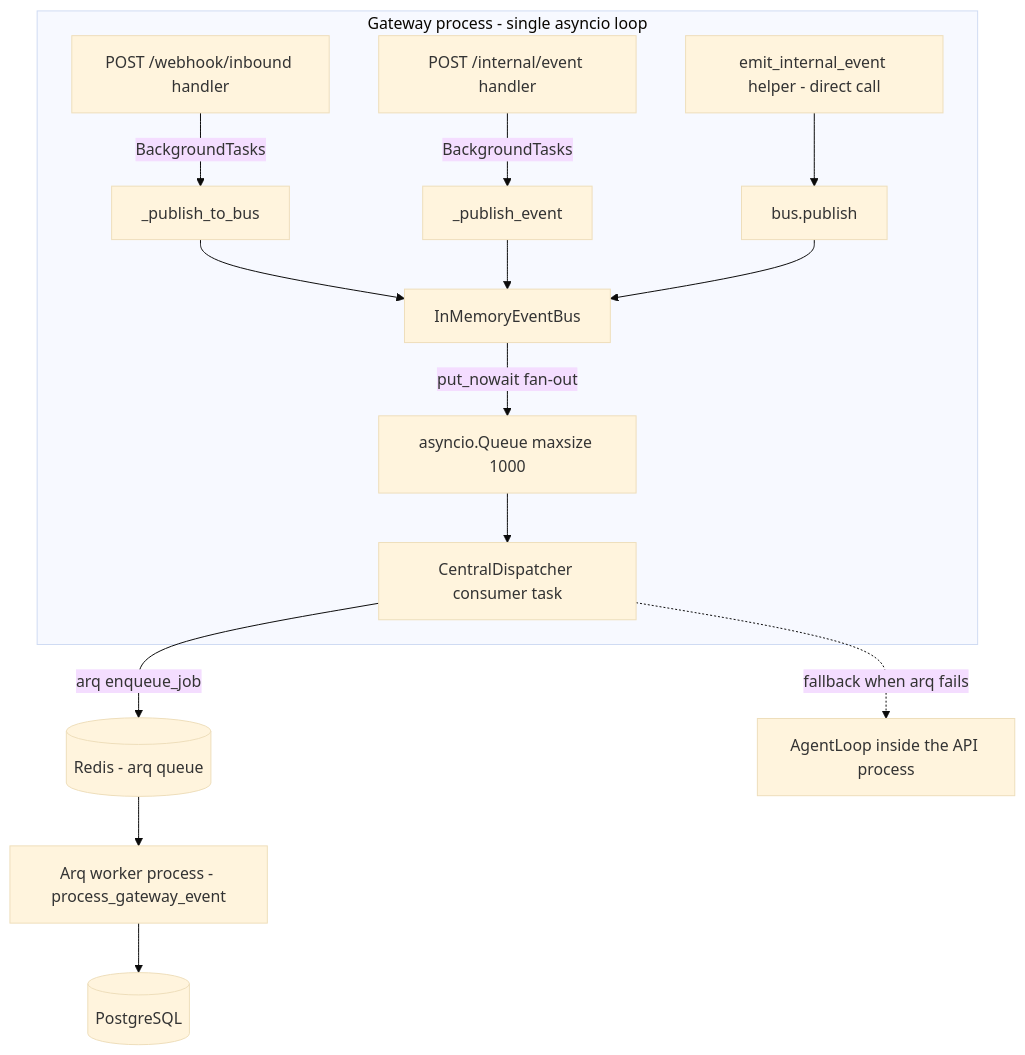
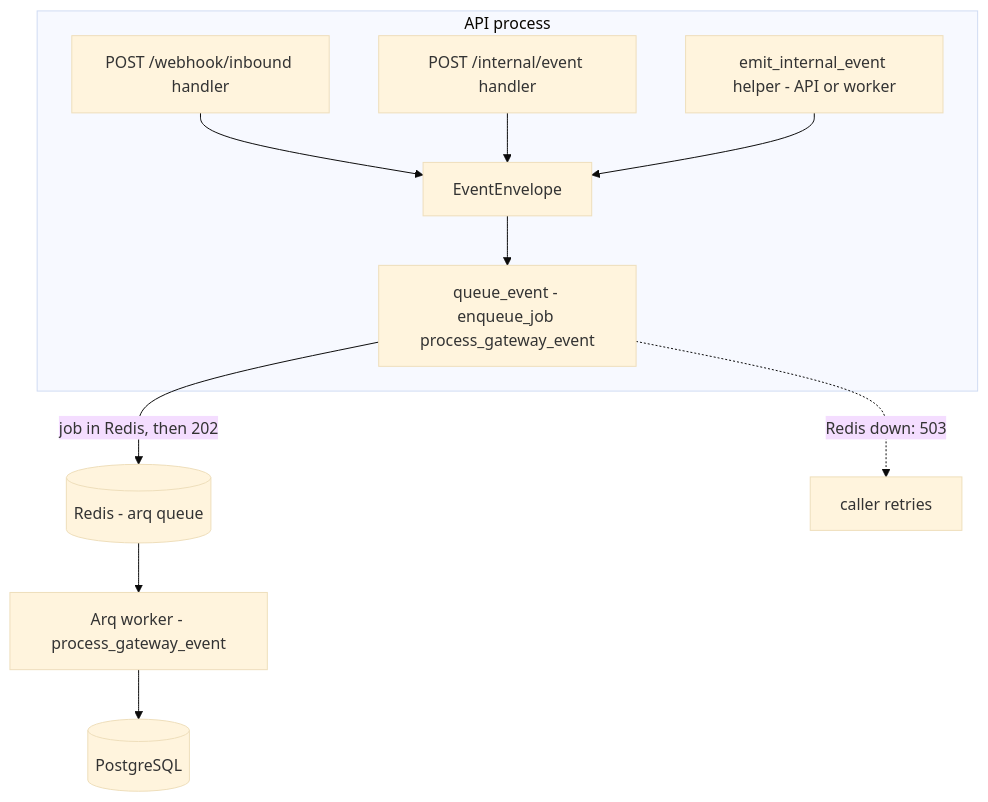
Before and after one commit to gondolerahul/hire-buddha-app: the fifth of 20 diagrams in docs/current/13-gateway-and-realtime.md, drawn with Mermaid (base theme). The commit also changed other lines of this file and 15 other files, not shown here.

````diff
--- a/docs/current/13-gateway-and-realtime.md
+++ b/docs/current/13-gateway-and-realtime.md
@@ -506,18 +413,13 @@
 ```mermaid
 flowchart TB
-    subgraph GWP["Gateway process - single asyncio loop"]
-        WH["POST /webhook/inbound handler"] -->|BackgroundTasks| PUB1["_publish_to_bus"]
-        IE["POST /internal/event handler"] -->|BackgroundTasks| PUB2["_publish_event"]
-        HLP["emit_internal_event helper - direct call"] --> PUB3["bus.publish"]
-        PUB1 --> BUS["InMemoryEventBus"]
-        PUB2 --> BUS
-        PUB3 --> BUS
-        BUS -->|put_nowait fan-out| Q1["asyncio.Queue maxsize 1000"]
-        Q1 --> DISP["CentralDispatcher consumer task"]
+    subgraph API["API process"]
+        WH["POST /webhook/inbound handler"] --> ENV["EventEnvelope"]
+        IE["POST /internal/event handler"] --> ENV
+        HLP["emit_internal_event helper - API or worker"] --> ENV
+        ENV --> Q["queue_event - enqueue_job process_gateway_event"]
     end
-
-    DISP -->|arq enqueue_job| RQ[("Redis - arq queue")]
-    RQ --> WORK["Arq worker process - process_gateway_event"]
+    Q -->|"job in Redis, then 202"| RQ[("Redis - arq queue")]
+    Q -.->|"Redis down: 503"| X["caller retries"]
+    RQ --> WORK["Arq worker - process_gateway_event"]
     WORK --> DB[("PostgreSQL")]
-    DISP -.fallback when arq fails.-> INPROC["AgentLoop inside the API process"]
 ```
````
